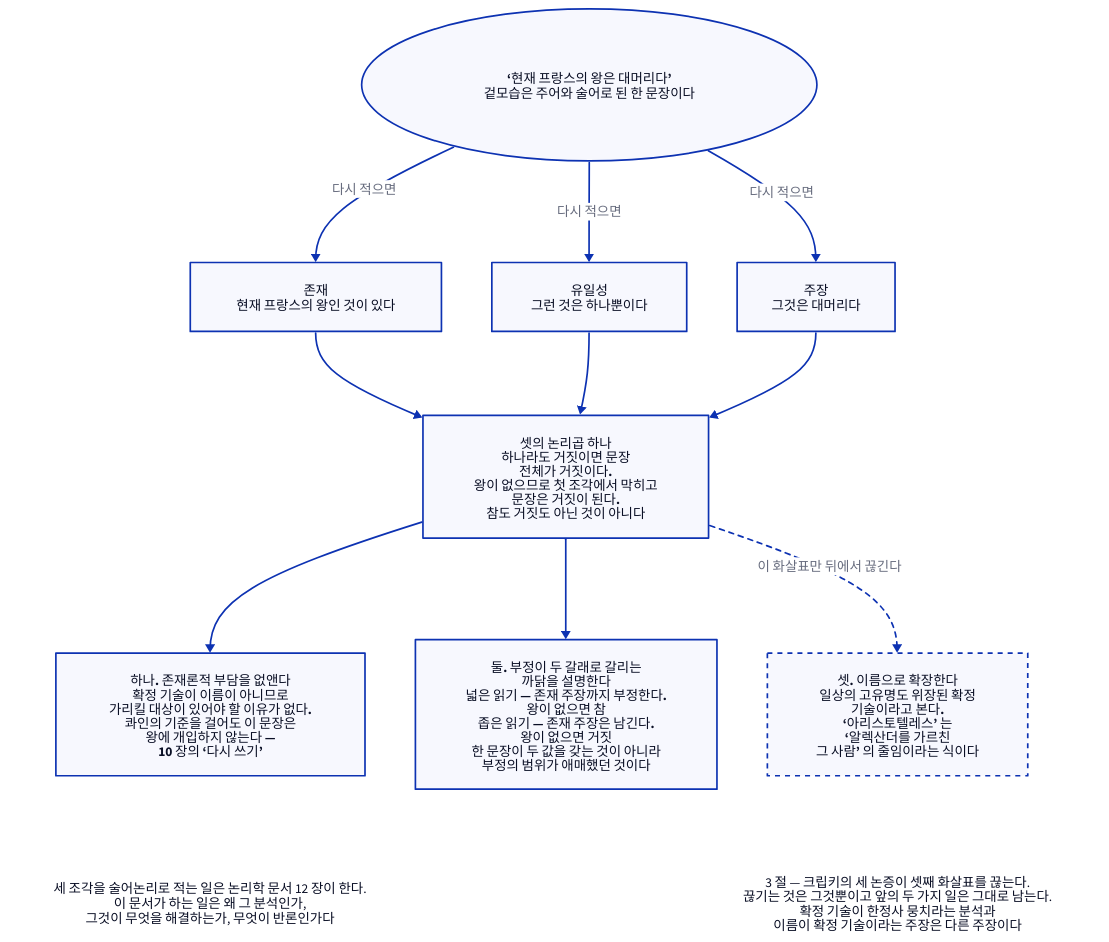
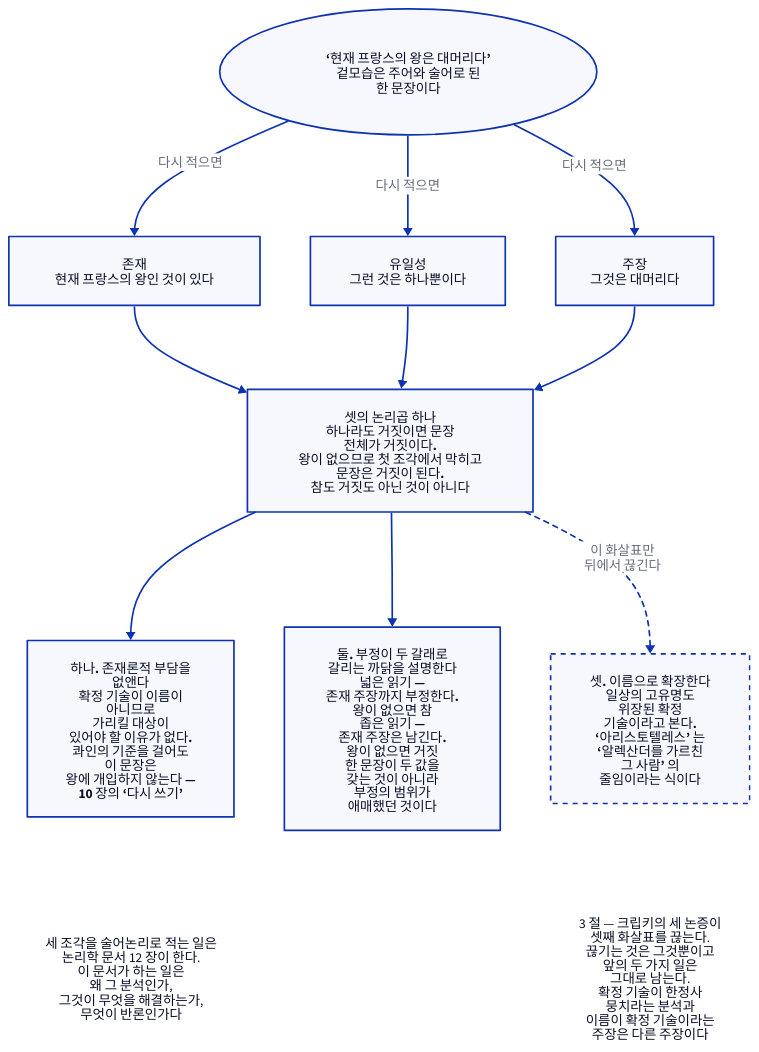
One commit to Dong-gi/Dong-gi.github.io changed the diagram in d2/philosophy/phi-l-russell-three-jobs.d2. Above: the diagram before and after it, drawn with D2. The commit also changed 315 other files, not shown here.

```diff
--- a/d2/philosophy/phi-l-russell-three-jobs.d2
+++ b/d2/philosophy/phi-l-russell-three-jobs.d2
@@ -1,59 +1,61 @@
 # 러셀의 확정 기술 분석이 한 문장에서 뽑아내는 세 조각과, 그 셋이 한꺼번에 하는 세 가지 일
 # — 철학 16장.
 #
 # 무엇을 읽어야 하나: 위의 세 조각은 따로따로 일하지 않는다. 셋의 논리곱 하나가
 # 아래의 세 가지 일을 동시에 해낸다. 그리고 셋째 화살표만 3절에서 끊긴다 —
 # 크립키가 무너뜨린 것은 ‘이름이 기술이다’ 이지 ‘기술이 한정사 뭉치다’ 가 아니다.
+#
+# 폭 — 한 줄에 나란한 세 가지 일의 글과 두 메모를 좁게 접었다.
 direction: down
 
 문장: {
-  label: "‘현재 프랑스의 왕은 대머리다’\n겉모습은 주어와 술어로 된 한 문장이다"
+  label: "‘현재 프랑스의 왕은 대머리다’\n겉모습은 주어와 술어로 된\n한 문장이다"
   shape: oval
   style.bold: true
 }
 
 존재: { label: "존재\n현재 프랑스의 왕인 것이 있다" }
 유일성: { label: "유일성\n그런 것은 하나뿐이다" }
 술어: { label: "주장\n그것은 대머리다" }
 
 문장 -> 존재: "다시 적으면"
 문장 -> 유일성: "다시 적으면"
 문장 -> 술어: "다시 적으면"
 
 묶음: {
   label: "셋의 논리곱 하나\n하나라도 거짓이면 문장\n전체가 거짓이다.\n왕이 없으므로 첫 조각에서 막히고\n문장은 거짓이 된다.\n참도 거짓도 아닌 것이 아니다"
   style.bold: true
 }
 
 존재 -> 묶음
 유일성 -> 묶음
 술어 -> 묶음
 
 일1: {
-  label: "하나. 존재론적 부담을 없앤다\n확정 기술이 이름이 아니므로\n가리킬 대상이 있어야 할 이유가 없다.\n콰인의 기준을 걸어도 이 문장은\n왕에 개입하지 않는다 —\n10 장의 ‘다시 쓰기’"
+  label: "하나. 존재론적 부담을\n없앤다\n확정 기술이 이름이\n아니므로\n가리킬 대상이\n있어야 할 이유가 없다.\n콰인의 기준을 걸어도\n이 문장은\n왕에 개입하지 않는다 —\n10 장의 ‘다시 쓰기’"
 }
 일2: {
-  label: "둘. 부정이 두 갈래로 갈리는\n까닭을 설명한다\n넓은 읽기 — 존재 주장까지 부정한다.\n왕이 없으면 참\n좁은 읽기 — 존재 주장은 남긴다.\n왕이 없으면 거짓\n한 문장이 두 값을 갖는 것이 아니라\n부정의 범위가 애매했던 것이다"
+  label: "둘. 부정이 두 갈래로\n갈리는 까닭을 설명한다\n넓은 읽기 —\n존재 주장까지 부정한다.\n왕이 없으면 참\n좁은 읽기 —\n존재 주장은 남긴다.\n왕이 없으면 거짓\n한 문장이 두 값을\n갖는 것이 아니라\n부정의 범위가\n애매했던 것이다"
 }
 일3: {
-  label: "셋. 이름으로 확장한다\n일상의 고유명도 위장된 확정\n기술이라고 본다.\n‘아리스토텔레스’ 는\n‘알렉산더를 가르친\n그 사람’ 의 줄임이라는 식이다"
+  label: "셋. 이름으로 확장한다\n일상의 고유명도\n위장된 확정\n기술이라고 본다.\n‘아리스토텔레스’ 는\n‘알렉산더를 가르친\n그 사람’ 의\n줄임이라는 식이다"
   style.stroke-dash: 3
 }
 
 묶음 -> 일1
 묶음 -> 일2
-묶음 -> 일3: "이 화살표만 뒤에서 끊긴다" { style.stroke-dash: 3 }
+묶음 -> 일3: "이 화살표만\n뒤에서 끊긴다" { style.stroke-dash: 3 }
 
 끊김: {
-  label: "3 절 — 크립키의 세 논증이 셋째 화살표를 끊는다.\n끊기는 것은 그것뿐이고 앞의 두 가지 일은 그대로 남는다.\n확정 기술이 한정사 뭉치라는 분석과\n이름이 확정 기술이라는 주장은 다른 주장이다"
+  label: "3 절 — 크립키의 세 논증이\n셋째 화살표를 끊는다.\n끊기는 것은 그것뿐이고\n앞의 두 가지 일은\n그대로 남는다.\n확정 기술이 한정사\n뭉치라는 분석과\n이름이 확정 기술이라는\n주장은 다른 주장이다"
   shape: text
 }
 
 형식화: {
-  label: "세 조각을 술어논리로 적는 일은 논리학 문서 12 장이 한다.\n이 문서가 하는 일은 왜 그 분석인가,\n그것이 무엇을 해결하는가, 무엇이 반론인가다"
+  label: "세 조각을 술어논리로 적는 일은\n논리학 문서 12 장이 한다.\n이 문서가 하는 일은\n왜 그 분석인가,\n그것이 무엇을 해결하는가,\n무엇이 반론인가다"
   shape: text
 }
 
 # 배치용 — 보이지 않는 선. 두 메모를 맨 아래에 둔다.
 일3 -> 끊김: { style.opacity: 0 }
 일1 -> 형식화: { style.opacity: 0 }
```
